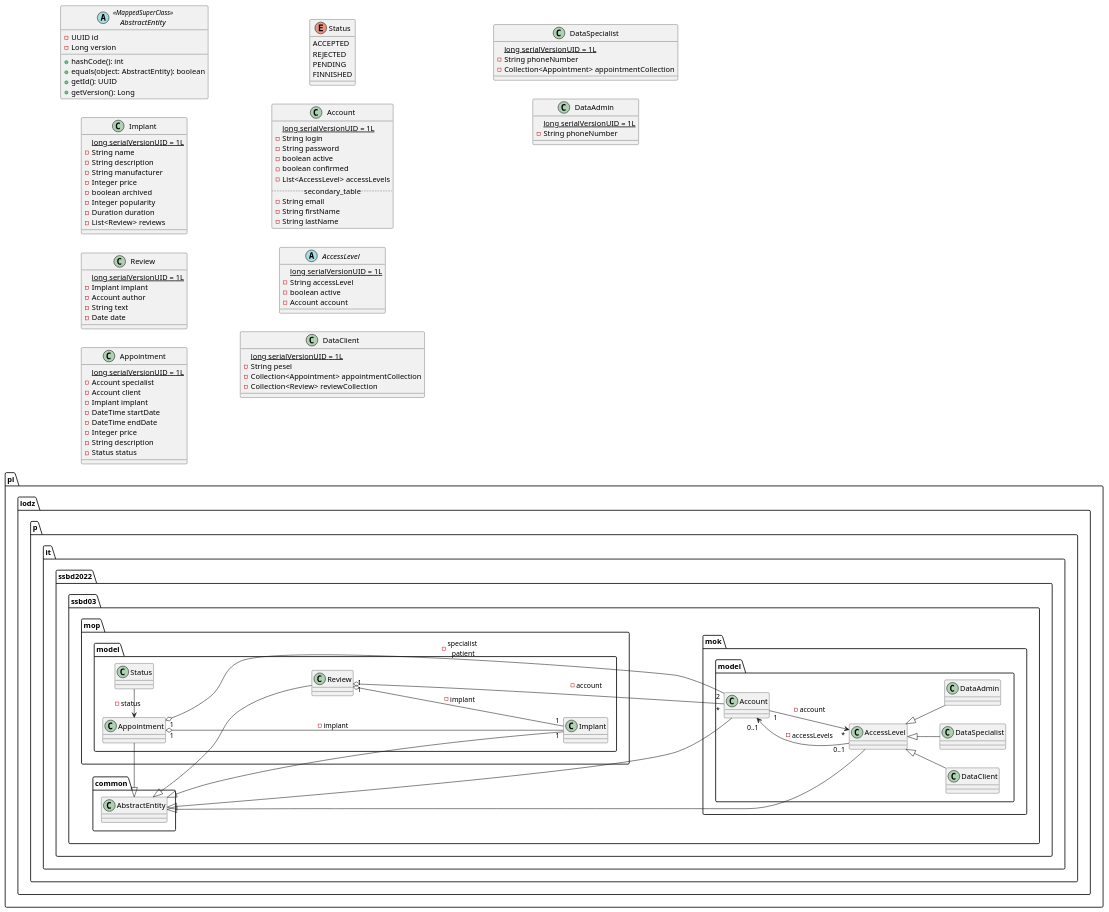
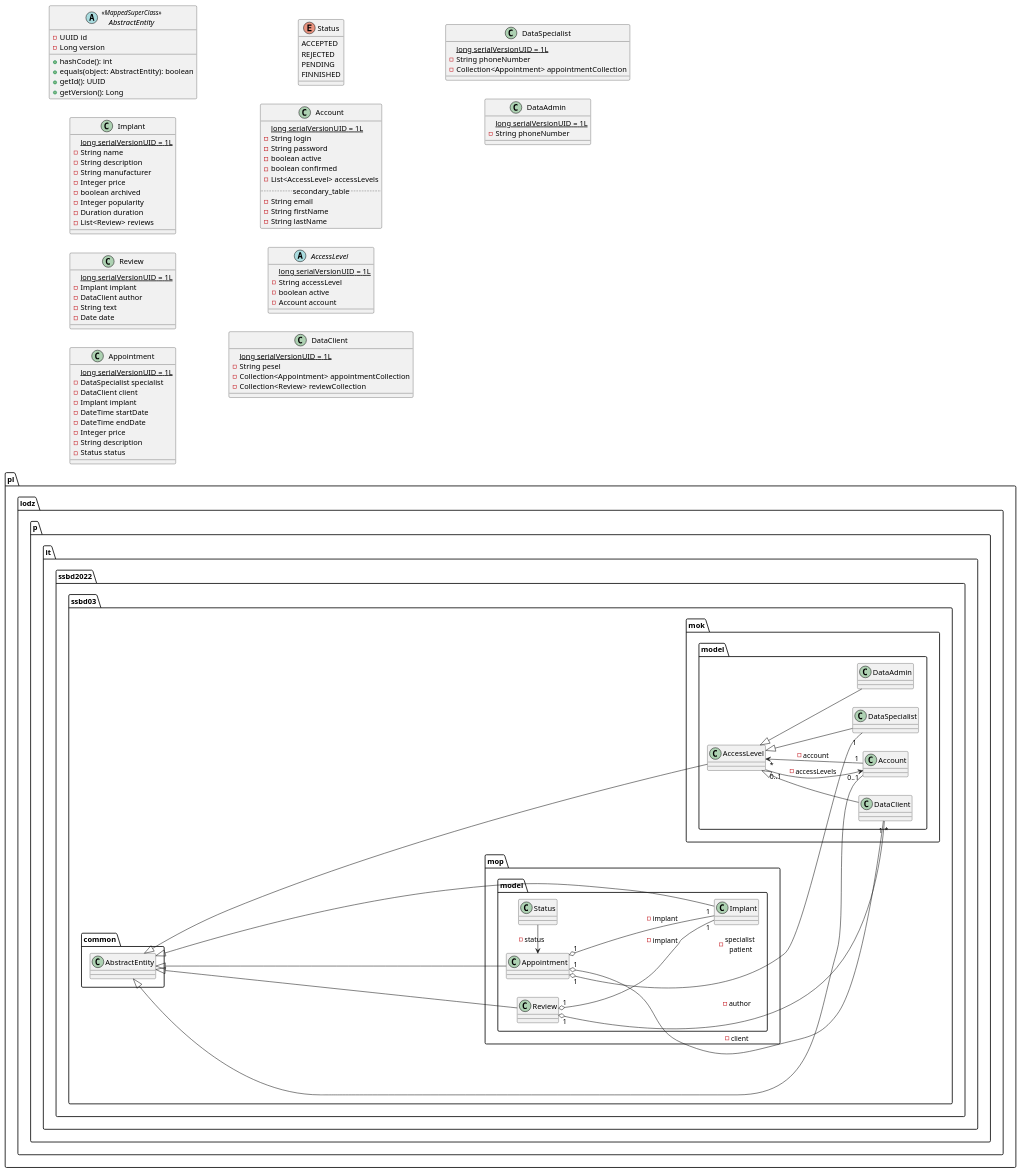
The diagram in src/rozdział 6/mok_class_model.puml (TheVivent-Politechnika-Lodzka/ssbd03_kic_uml), drawn with PlantUML before and after one commit.

Commit message:
poprawka modelu

```diff
--- a/src/rozdział 6/mok_class_model.puml
+++ b/src/rozdział 6/mok_class_model.puml
@@ -1,168 +1,169 @@
 @startuml model
 left to right direction
 
 package pl.lodz.p.it.ssbd2022.ssbd03.mok.model {
     AccessLevel "*" <-- "1" Account : - account
     Account "0..1" <-- "0..1" AccessLevel : - accessLevels
 
     AccessLevel <|-- DataClient
     AccessLevel <|-- DataSpecialist
     AccessLevel <|-- DataAdmin
 }
 
 package pl.lodz.p.it.ssbd2022.ssbd03.mop.model {
-    Appointment "1" o---- "2" Account : - specialist \n patient
-    Appointment "1" o--- "1" Implant : - implant
-    Review "1" o- "*" Account : - account
+    Appointment "1" o- "1" DataSpecialist : - specialist \n patient
+    Appointment "1" o- "1" DataClient : - client
+    Appointment "1" o-- "1" Implant : - implant
+    Review "1" o--- "*" DataClient : - author
     Review "1" o-- "1" Implant : - implant
     Appointment <- Status : - status
 }
 
 package pl.lodz.p.it.ssbd2022.ssbd03.common {
     AbstractEntity <|- Account 
     AbstractEntity <|-- AccessLevel
-    AbstractEntity <|--- Implant
-    AbstractEntity <|- Review
-    AbstractEntity <|- Appointment
+    AbstractEntity <|- Implant
+    AbstractEntity <|--- Appointment
+    AbstractEntity <|--- Review
 }
 
 
 abstract class AbstractEntity <<MappedSuperClass>> {
     -UUID id
     -Long version
 
     +hashCode(): int
     +equals(object: AbstractEntity): boolean
     +getId(): UUID
     +getVersion(): Long
 }
 
 class Implant {
     {static} long serialVersionUID = 1L
     -String name
     -String description
     -String manufacturer
     -Integer price
     -boolean archived
     -Integer popularity
     -Duration duration
     -List<Review> reviews
 }
 
 class Review {
     {static} long serialVersionUID = 1L
     -Implant implant
-    -Account author
+    -DataClient author
     -String text
     -Date date
 }
 
 class Appointment {
     {static} long serialVersionUID = 1L
-    -Account specialist
-    -Account client
+    -DataSpecialist specialist
+    -DataClient client
     -Implant implant
     -DateTime startDate
     -DateTime endDate
     -Integer price
     -String description
     -Status status
 }
 
 enum Status {
     ACCEPTED
     REJECTED
     PENDING
     FINNISHED
 }
 
 class Account {
     {static} long serialVersionUID = 1L
     -String login
     -String password
     -boolean active
     -boolean confirmed
     -List<AccessLevel> accessLevels
     .. secondary_table ..
     -String email
     -String firstName
     -String lastName
     ' --
     ' +Account()
     ' +Account(
     '     login: String,
     '     password: String,
     '     active: boolean,
     '     confirmed: boolean,
     '     accessLevels: List<AccessLevel>,
     '     email: String,
     '     firstName: String,
     '     lastName: String
     ' )
     ' +getLogin(): String
     ' +getPassword(): String
     ' +isActive(): boolean
     ' +isConfirmed(): boolean
     ' +getAccessLevels(): List<AccessLevel>
     ' +getEmail(): String
     ' +getFirstName(): String
     ' +getLastName(): String
     ' +setLogin(login: String): void
     ' +setPassword(password: String): void
     ' +setActive(active: boolean): void
     ' +setConfirmed(confirmed: boolean): void
     ' +setEmail(email: String): void
     ' +setFirstName(firstName: String): void
     ' +setLastName(lastName: String): void
     ' +toString(): String
 }
 
 abstract class AccessLevel {
     {static} long serialVersionUID = 1L
     -String accessLevel
     -boolean active
     -Account account
     ' --
     ' +getAccessLevel(): String
     ' +isActive(): boolean
     ' +getAccount(): Account
     ' +setAccessLevel(accessLevel: String): void
     ' +setActive(active: boolean): void
     ' +setAccount(account: Account): void
     ' +toString(): String
 }
 
 class DataClient {
     {static} long serialVersionUID = 1L
     -String pesel
     -Collection<Appointment> appointmentCollection
     -Collection<Review> reviewCollection
     ' --
     ' +DataClient()
     ' +getPesel(): String
     ' +setPesel(pesel: String): void
     ' +toString(): String
 }
 
 class DataSpecialist {
     {static} long serialVersionUID = 1L
     -String phoneNumber
     -Collection<Appointment> appointmentCollection
     ' --
     ' +DataDoctor()
     ' +getPhoneNumber(): String
     ' +setPhoneNumber(phoneNumber: String): void
     ' +toString(): String
 }
 
 class DataAdmin {
     {static} long serialVersionUID = 1L
     -String phoneNumber
     ' --
     ' +DataAdmin()
     ' +getPhoneNumber(): String
     ' +setPhoneNumber(phoneNumber: String): void
     ' +toString(): String
 }
 
 @enduml
```
